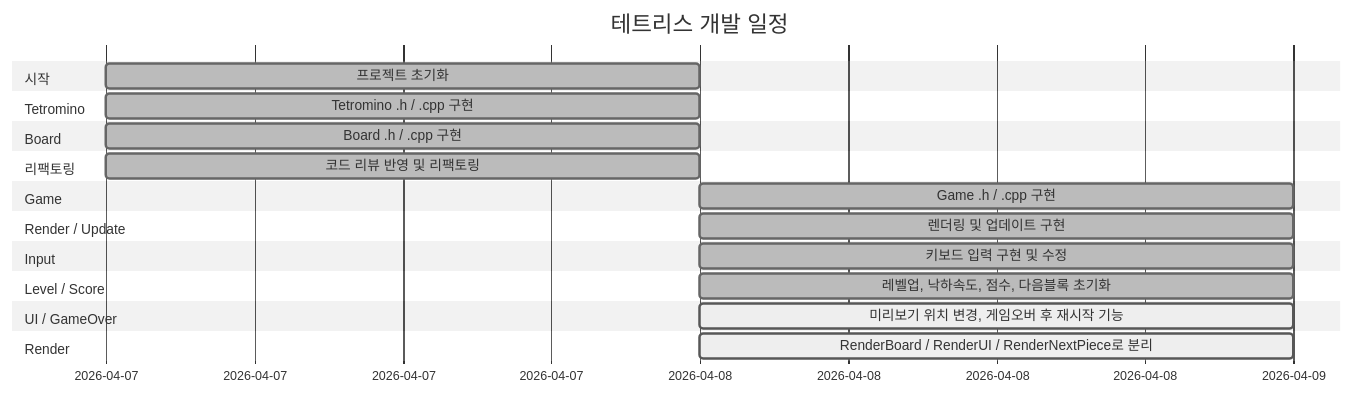
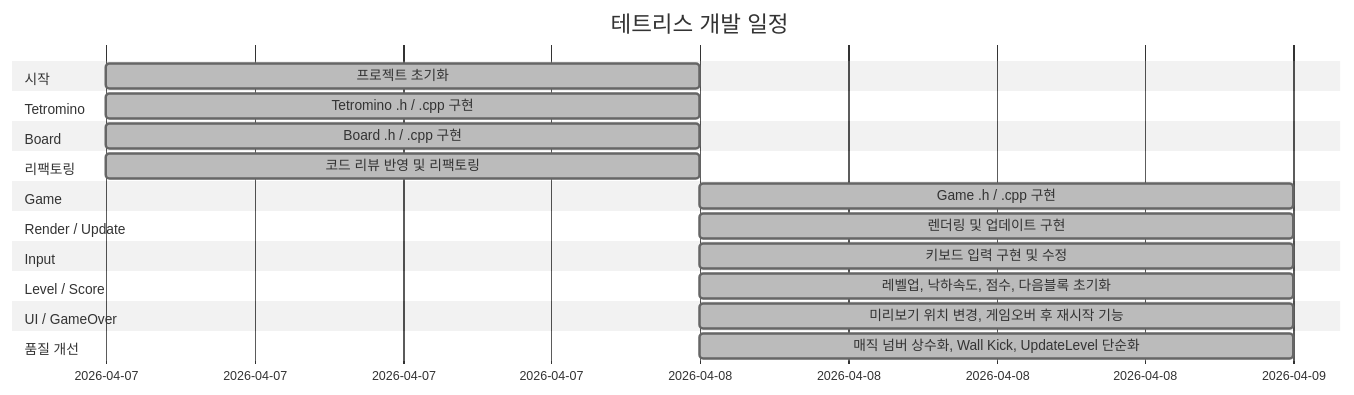
One commit to Chance031/Tetris-cpp changed the diagram in README.md. Above: the diagram before and after it, drawn with Mermaid (neutral theme). The commit also changed other lines of this file, not shown here.

Commit message:
Update Gantt chart and task log format in README

````diff
--- a/README.md
+++ b/README.md
@@ -27,25 +27,25 @@
 ```mermaid
 gantt
-    title 테트리스 개발 일정
-    dateFormat YYYY-MM-DD
-    section 시작
-        프로젝트 초기화 :done, init, 2026-04-07, 1d
-    section Tetromino
-        Tetromino .h / .cpp 구현 :done, t16803, 2026-04-07, 1d
-    section Board
-        Board .h / .cpp 구현 :done, t84048, 2026-04-07, 1d
-    section 리팩토링
-        코드 리뷰 반영 및 리팩토링 :done, refactor, 2026-04-07, 1d
-    section Game
-        Game .h / .cpp 구현 :done, t91896, 2026-04-08, 1d
-    section Render / Update
-        렌더링 및 업데이트 구현 :done, t47867, 2026-04-08, 1d
-    section Input
-        키보드 입력 구현 및 수정 :done, t8258, 2026-04-08, 1d
-    section Level / Score
-        레벨업, 낙하속도, 점수, 다음블록 초기화 :done, t44367, 2026-04-08, 1d
-    section UI / GameOver
-        미리보기 위치 변경, 게임오버 후 재시작 기능 :active, t55123, 2026-04-08, 1d
-    section Render
-        RenderBoard / RenderUI / RenderNextPiece로 분리 :active, t38713, 2026-04-08, 1d
+ title 테트리스 개발 일정
+ dateFormat YYYY-MM-DD
+ section 시작
+ 프로젝트 초기화 :done, init, 2026-04-07, 1d
+ section Tetromino
+ Tetromino .h / .cpp 구현 :done, t16803, 2026-04-07, 1d
+ section Board
+ Board .h / .cpp 구현 :done, t84048, 2026-04-07, 1d
+ section 리팩토링
+ 코드 리뷰 반영 및 리팩토링 :done, refactor, 2026-04-07, 1d
+ section Game
+ Game .h / .cpp 구현 :done, t91896, 2026-04-08, 1d
+ section Render / Update
+ 렌더링 및 업데이트 구현 :done, t47867, 2026-04-08, 1d
+ section Input
+ 키보드 입력 구현 및 수정 :done, t8258, 2026-04-08, 1d
+ section Level / Score
+ 레벨업, 낙하속도, 점수, 다음블록 초기화 :done, t44367, 2026-04-08, 1d
+ section UI / GameOver
+ 미리보기 위치 변경, 게임오버 후 재시작 기능 :done, t55123, 2026-04-08, 1d
+ section 품질 개선
+ 매직 넘버 상수화, Wall Kick, UpdateLevel 단순화 :done, t66234, 2026-04-08, 1d
 ```
````
